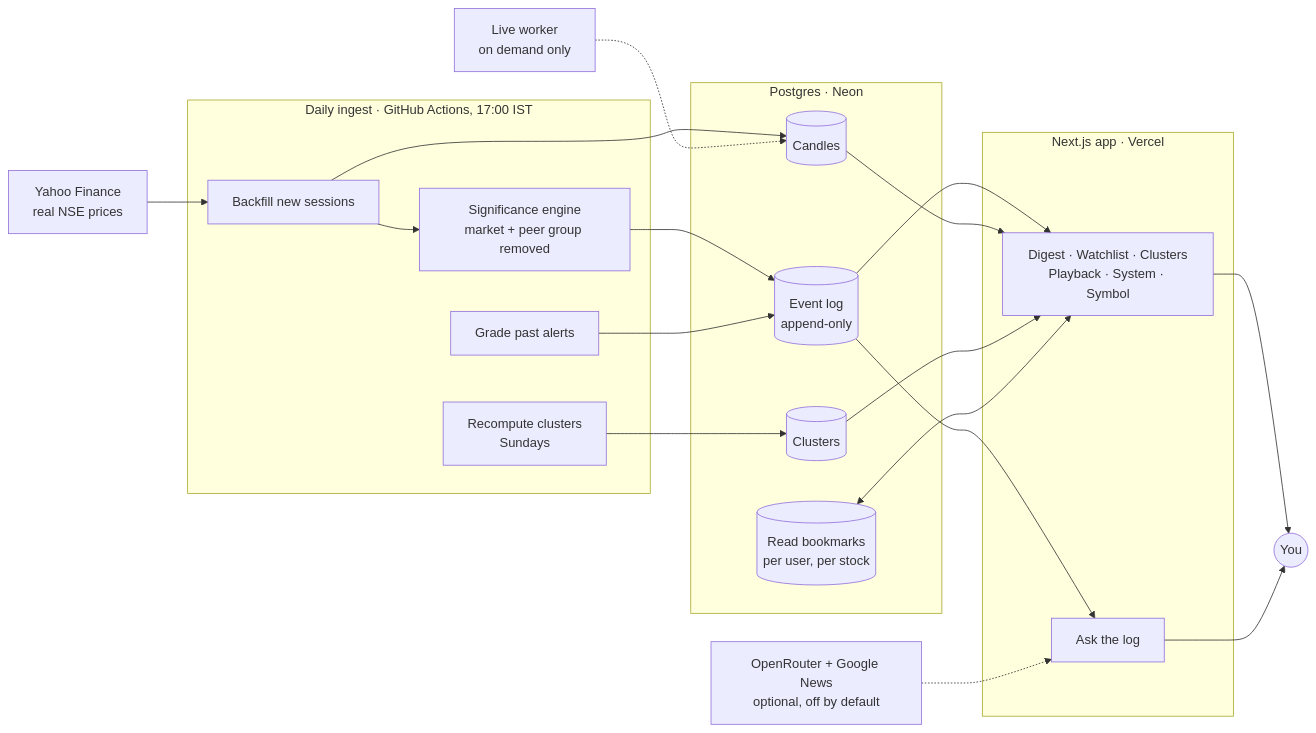
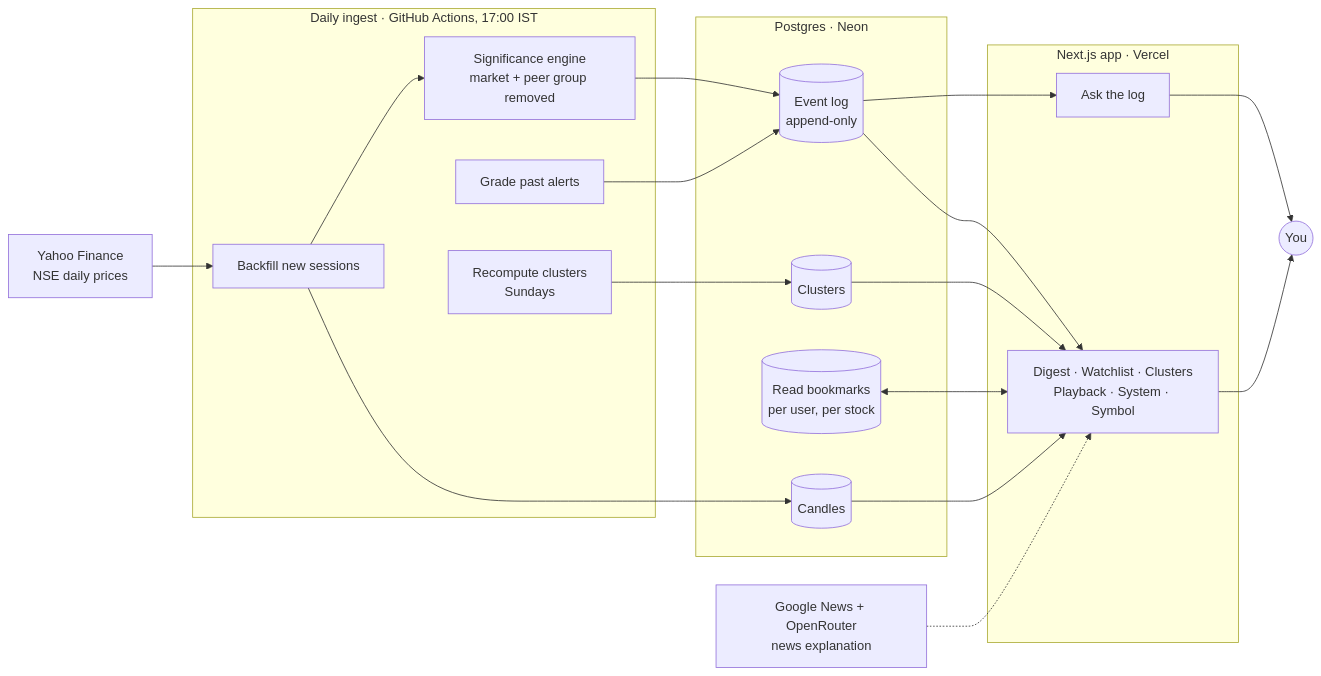
One commit to reema-s1/Ledger changed the diagram in README.md. Above: the diagram before and after it, drawn with Mermaid. The commit also changed other lines of this file, not shown here.

````diff
--- a/README.md
+++ b/README.md
@@ -29,38 +29,37 @@
 ```mermaid
 flowchart LR
-    Y["Yahoo Finance<br/>real NSE prices"]
+    Y["Yahoo Finance<br/>NSE daily prices"]
 
     subgraph ingest["Daily ingest · GitHub Actions, 17:00 IST"]
         B["Backfill new sessions"]
         S["Significance engine<br/>market + peer group removed"]
         R["Grade past alerts"]
         C["Recompute clusters<br/>Sundays"]
     end
 
     subgraph db["Postgres · Neon"]
         E[("Event log<br/>append-only")]
         K[("Candles")]
         U[("Read bookmarks<br/>per user, per stock")]
         G[("Clusters")]
     end
 
     subgraph app["Next.js app · Vercel"]
         P["Digest · Watchlist · Clusters<br/>Playback · System · Symbol"]
         A["Ask the log"]
     end
 
     Y --> B --> K
     B --> S --> E
     R --> E
     C --> G
     E --> P
     K --> P
     G --> P
     U <--> P
     E --> A
     P --> Browser(("You"))
     A --> Browser
 
-    O["OpenRouter + Google News<br/>optional, off by default"] -.-> A
-    W["Live worker<br/>on demand only"] -.-> K
+    O["Google News + OpenRouter<br/>news explanation"] -.-> P
 ```
````
